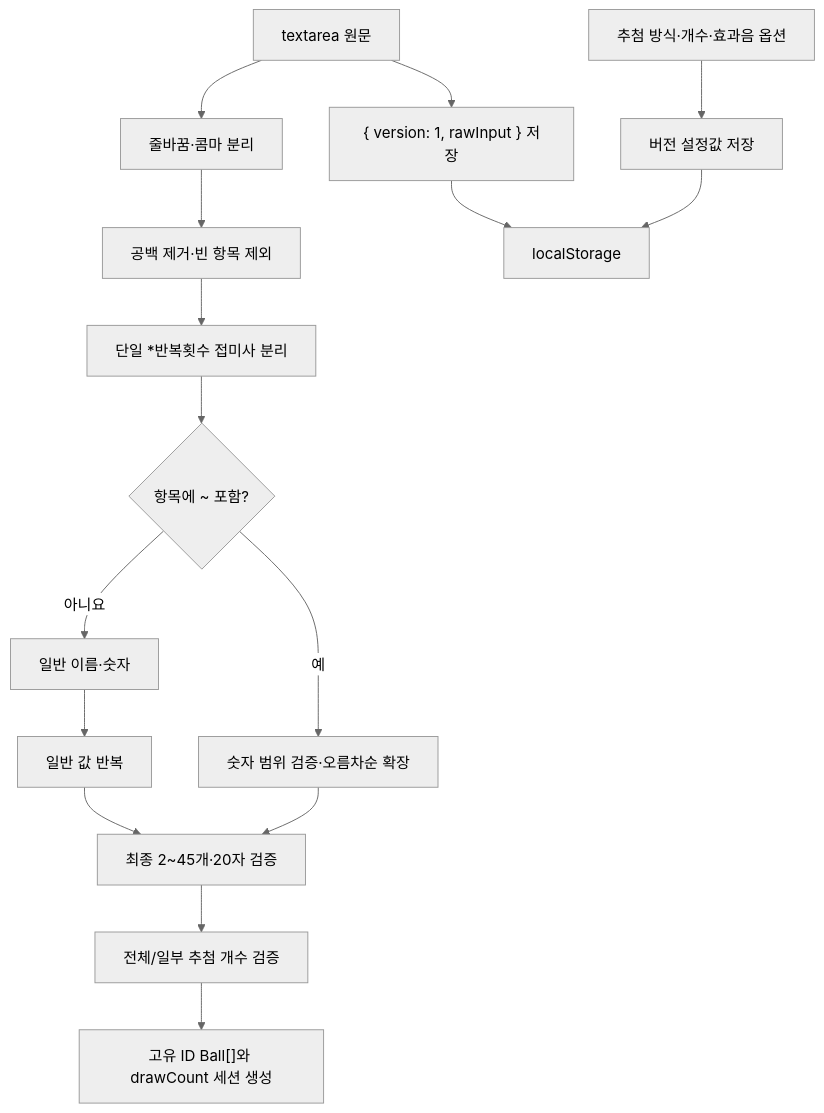
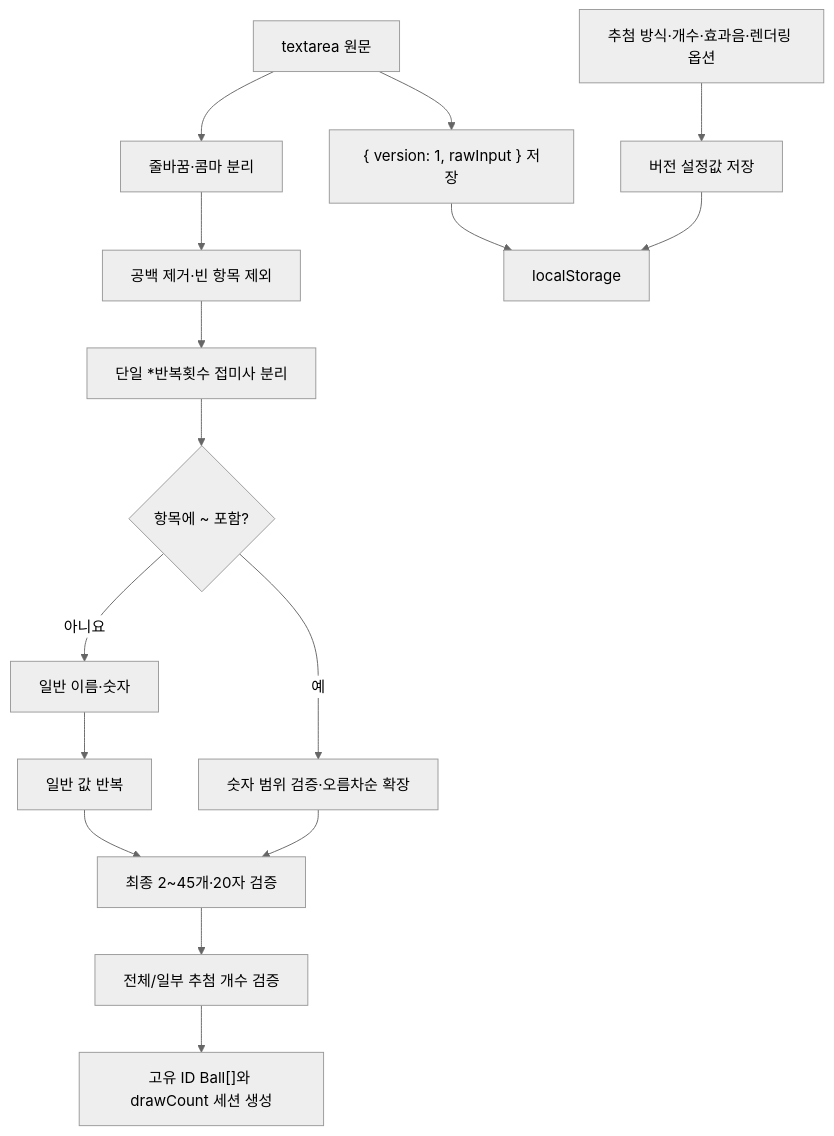
The third of 3 diagrams in docs/architecture.md (tinywolf/roulette), drawn with Mermaid (neutral theme) before and after one commit. The commit also changed other lines of this file and 16 other files, not shown here.

````diff
--- a/docs/architecture.md
+++ b/docs/architecture.md
@@ -149,18 +153,18 @@
 ```mermaid
 flowchart TD
     Raw["textarea 원문"] --> Parse["줄바꿈·콤마 분리"]
     Parse --> Trim["공백 제거·빈 항목 제외"]
     Trim --> Repeat["단일 *반복횟수 접미사 분리"]
     Repeat --> Syntax{"항목에 ~ 포함?"}
     Syntax -->|아니요| Value["일반 이름·숫자"]
     Syntax -->|예| Range["숫자 범위 검증·오름차순 확장"]
     Value --> Expand["일반 값 반복"]
     Expand --> Validate["최종 2~45개·20자 검증"]
     Range --> Validate
     Raw --> Persist["{ version: 1, rawInput } 저장"]
     Persist --> Local["localStorage"]
-    Options["추첨 방식·개수·효과음 옵션"] --> PersistOptions["버전 설정값 저장"]
+    Options["추첨 방식·개수·효과음·렌더링 옵션"] --> PersistOptions["버전 설정값 저장"]
     PersistOptions --> Local
     Validate --> Count["전체/일부 추첨 개수 검증"]
     Count --> Balls["고유 ID Ball[]와 drawCount 세션 생성"]
 ```
````
